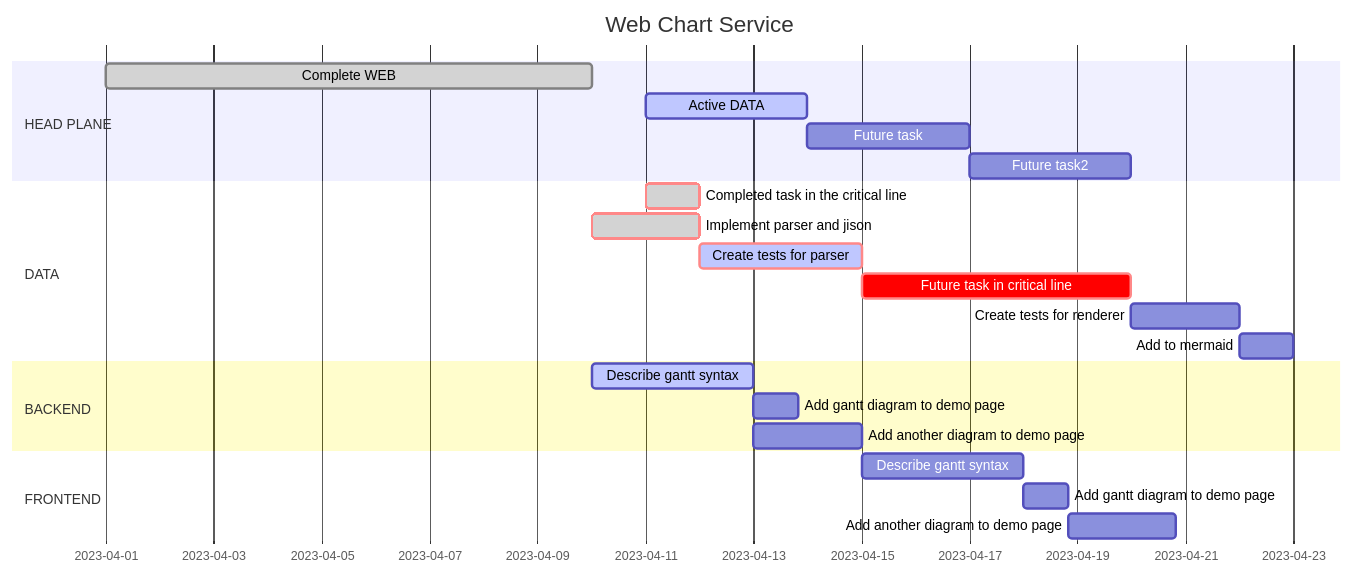
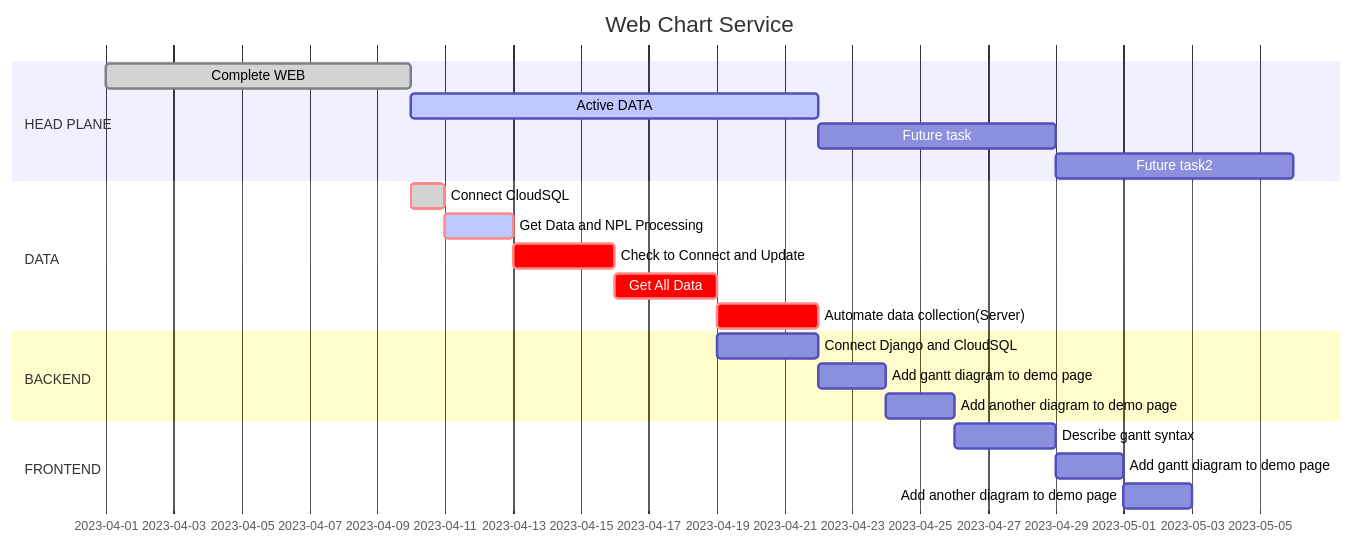
The second of 2 diagrams in docs/menu8-project/menu8-sub1-web/menu8-sub1-sub1-design.md (merucode/merucode.github.io), drawn with Mermaid before and after one commit. The commit also changed 1 other file, not shown here.

````diff
--- a/docs/menu8-project/menu8-sub1-web/menu8-sub1-sub1-design.md
+++ b/docs/menu8-project/menu8-sub1-web/menu8-sub1-sub1-design.md
@@ -46,29 +46,28 @@
 ```mermaid
 gantt
     dateFormat  YYYY-MM-DD
     title       Web Chart Service
 
     section HEAD PLANE
     Complete WEB              :done,    des1, 2023-04-01,2023-04-10
-    Active DATA               :active,  des2, 2023-04-11, 3d
-    Future task               :         des3, after des2, 3d
-    Future task2              :         des4, after des3, 3d
+    Active DATA               :active,  des2, 2023-04-10, 12d
+    Future task               :         des3, after des2, 7d
+    Future task2              :         des4, after des3, 7d
 
     section DATA
-    Completed task in the critical line :crit, done, 2023-04-11,24h
-    Implement parser and jison          :crit, done, after des1, 2d
-    Create tests for parser             :crit, active, 3d
-    Future task in critical line        :crit, 5d
-    Create tests for renderer           :2d
-    Add to mermaid                      :1d
+    Connect CloudSQL                    :crit, done,  a1, after des1, 1d
+    Get Data and NPL Processing         :crit, active,a2, after a1, 2d
+    Check to Connect and Update         :crit,        a3, after a2, 3d
+    Get All Data                        :crit,        a4, after a3, 3d
+    Automate data collection(Server)    :crit,        a5, after a4, 3d
     
     section BACKEND
-    Describe gantt syntax               :active, a1, after des1, 3d
-    Add gantt diagram to demo page      :after a1  , 20h
-    Add another diagram to demo page    :doc1, after a1  , 48h
+    Connect Django and CloudSQL         :b1, after a4, 3d
+    Add gantt diagram to demo page      :b2, after b1, 2d
+    Add another diagram to demo page    :b3, after b2, 2d
 
     section FRONTEND
-    Describe gantt syntax               :after doc1, 3d
-    Add gantt diagram to demo page      :20h
-    Add another diagram to demo page    :48h
+    Describe gantt syntax               :c1, after b3, 3d
+    Add gantt diagram to demo page      :c2, after c1, 2d
+    Add another diagram to demo page    :c3, after c2, 2d
 ```
````
